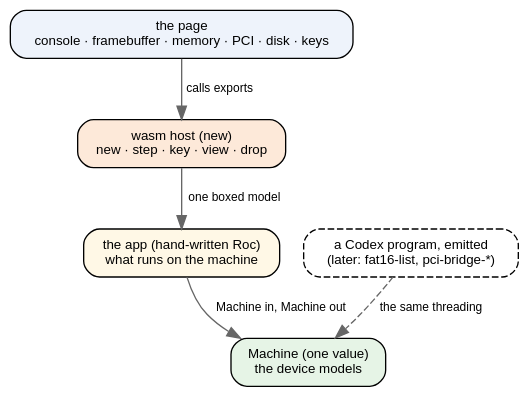
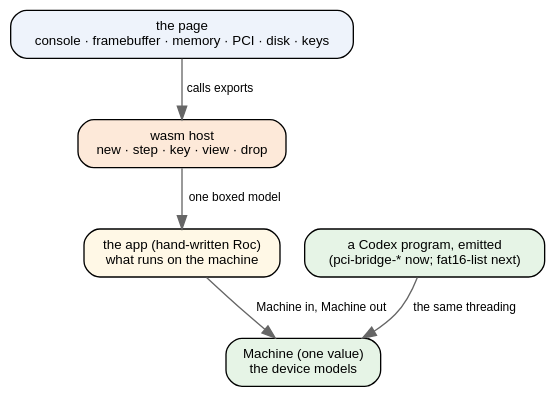
One commit to showell/essay-repl-server changed the third of 7 diagrams in notes/roc-machine-emulator.md. Above: the diagram before and after it, drawn with Graphviz. The commit also changed other lines of this file, not shown here.

First line of the commit message:
roc-machine-emulator: step 2, an emitted Codex unit on the machine; where Roc sits

````diff
--- a/notes/roc-machine-emulator.md
+++ b/notes/roc-machine-emulator.md
@@ -12,18 +145,18 @@
 ```dot
 digraph layers {
   rankdir=TB; bgcolor="transparent";
   node [shape=box style="rounded,filled" fontname="Helvetica" fontsize=10 fillcolor="#ffffff"];
   edge [fontname="Helvetica" fontsize=9 color="#666666"];
 
   page [label="the page\nconsole · framebuffer · memory · PCI · disk · keys" fillcolor="#eef3fb"];
-  host [label="wasm host (new)\nnew · step · key · view · drop" fillcolor="#fde9d9"];
+  host [label="wasm host\nnew · step · key · view · drop" fillcolor="#fde9d9"];
   app  [label="the app (hand-written Roc)\nwhat runs on the machine" fillcolor="#fff8e6"];
   mach [label="Machine (one value)\nthe device models" fillcolor="#e6f4e6"];
-  prog [label="a Codex program, emitted\n(later: fat16-list, pci-bridge-*)" fillcolor="#f4f4f4" style="rounded,dashed"];
+  prog [label="a Codex program, emitted\n(pci-bridge-* now; fat16-list next)" fillcolor="#e6f4e6"];
 
   page -> host [label="calls exports"];
   host -> app [label="one boxed model"];
   app -> mach [label="Machine in, Machine out"];
-  prog -> mach [label="the same threading" style=dashed];
+  prog -> mach [label="the same threading"];
 }
 ```
````
